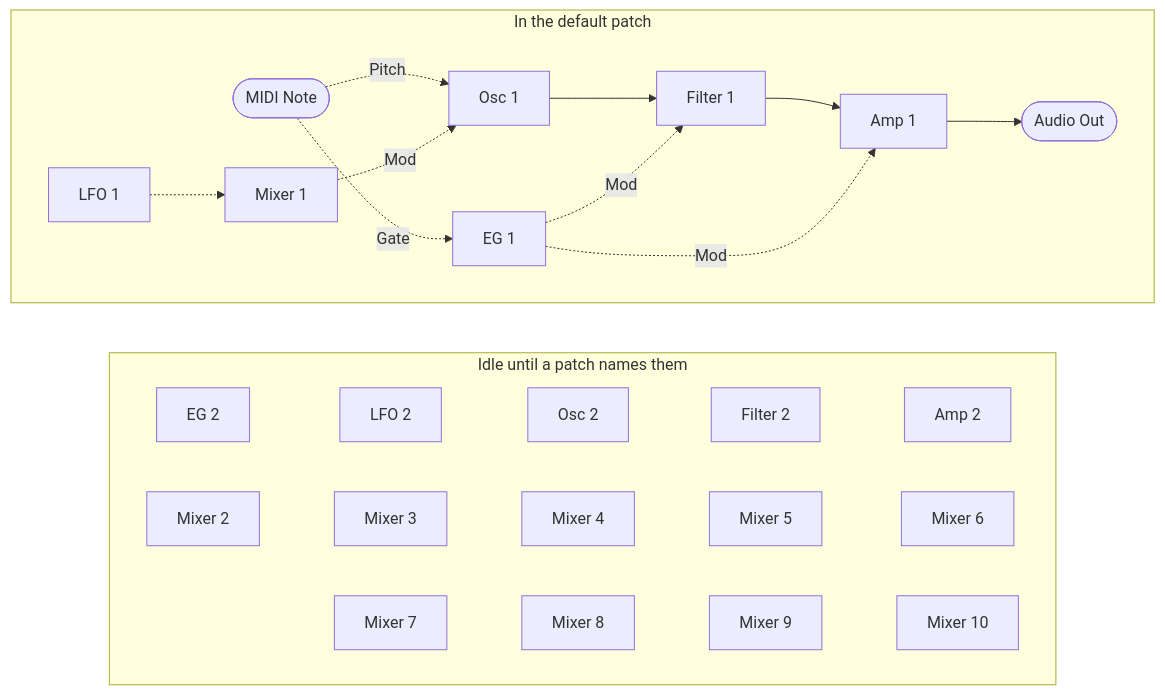
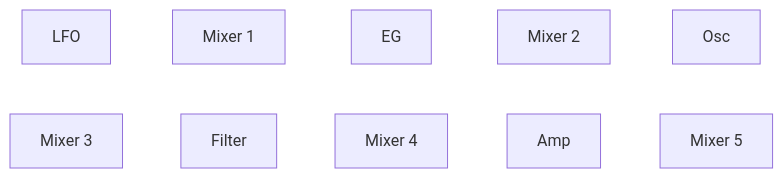
The second of 2 diagrams in spms1_type0/README.md (risgk/midi_synthesizer_spms1), drawn with Mermaid before and after one commit. The commit also changed other lines of this file and 4 other files, not shown here.

````diff
--- a/spms1_type0/README.md
+++ b/spms1_type0/README.md
@@ -130,20 +126,5 @@
 ```mermaid
-flowchart TB
-  subgraph patched [In the default patch]
-    direction LR
-    NOTE([MIDI Note])
-    OSC1[Osc 1] --> FILTER1[Filter 1] --> AMP1[Amp 1] --> OUT([Audio Out])
-    NOTE -. Gate .-> EG1[EG 1]
-    NOTE -. Pitch .-> OSC1
-    LFO1[LFO 1] -.-> MIX1[Mixer 1] -. Mod .-> OSC1
-    EG1 -. Mod .-> FILTER1
-    EG1 -. Mod .-> AMP1
-  end
-  subgraph spare [Idle until a patch names them]
-    direction LR
-    EG2[EG 2] ~~~ LFO2[LFO 2] ~~~ OSC2[Osc 2] ~~~ FILTER2[Filter 2] ~~~ AMP2[Amp 2]
-    MIX2[Mixer 2] ~~~ MIX3[Mixer 3] ~~~ MIX4[Mixer 4] ~~~ MIX5[Mixer 5] ~~~ MIX6[Mixer 6]
-    MIX7[Mixer 7] ~~~ MIX8[Mixer 8] ~~~ MIX9[Mixer 9] ~~~ MIX10[Mixer 10]
-  end
-  patched ~~~ spare
+flowchart LR
+  LFO[LFO] ~~~ MIX1[Mixer 1] ~~~ EG[EG] ~~~ MIX2[Mixer 2] ~~~ OSC[Osc]
+  MIX3[Mixer 3] ~~~ FILTER[Filter] ~~~ MIX4[Mixer 4] ~~~ AMP[Amp] ~~~ MIX5[Mixer 5]
 ```
````
